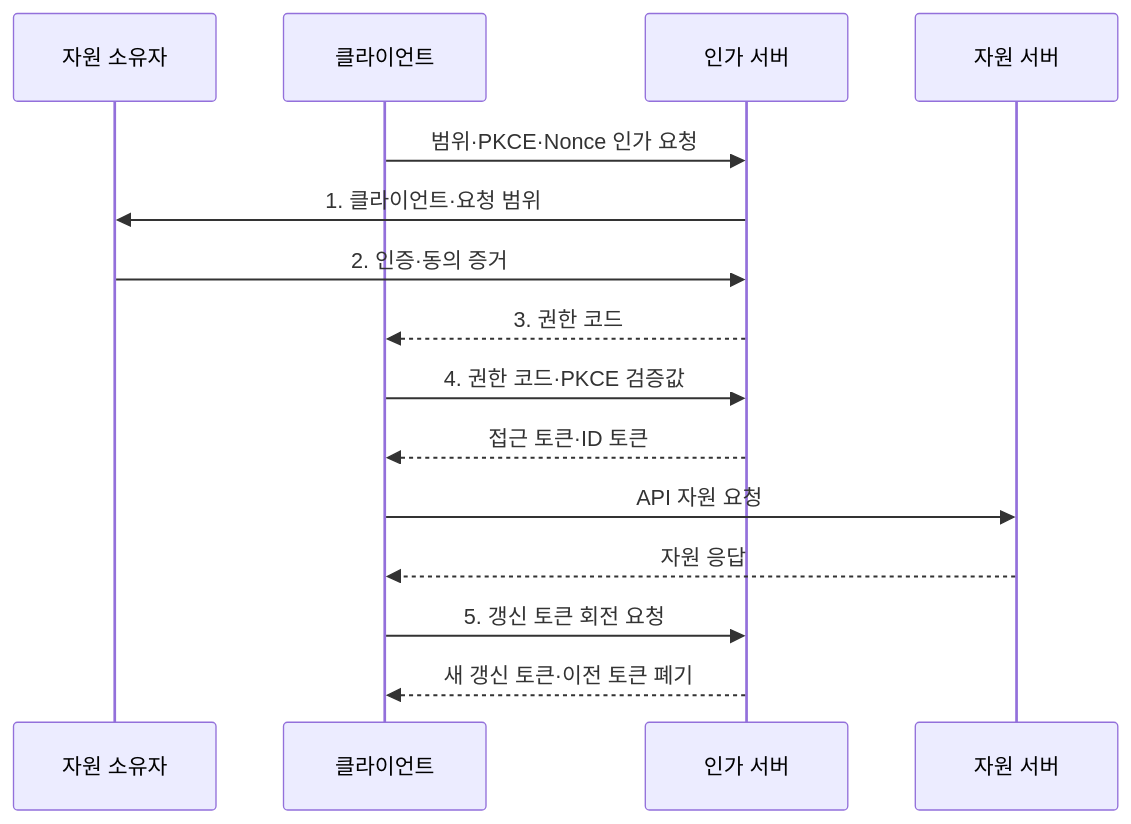
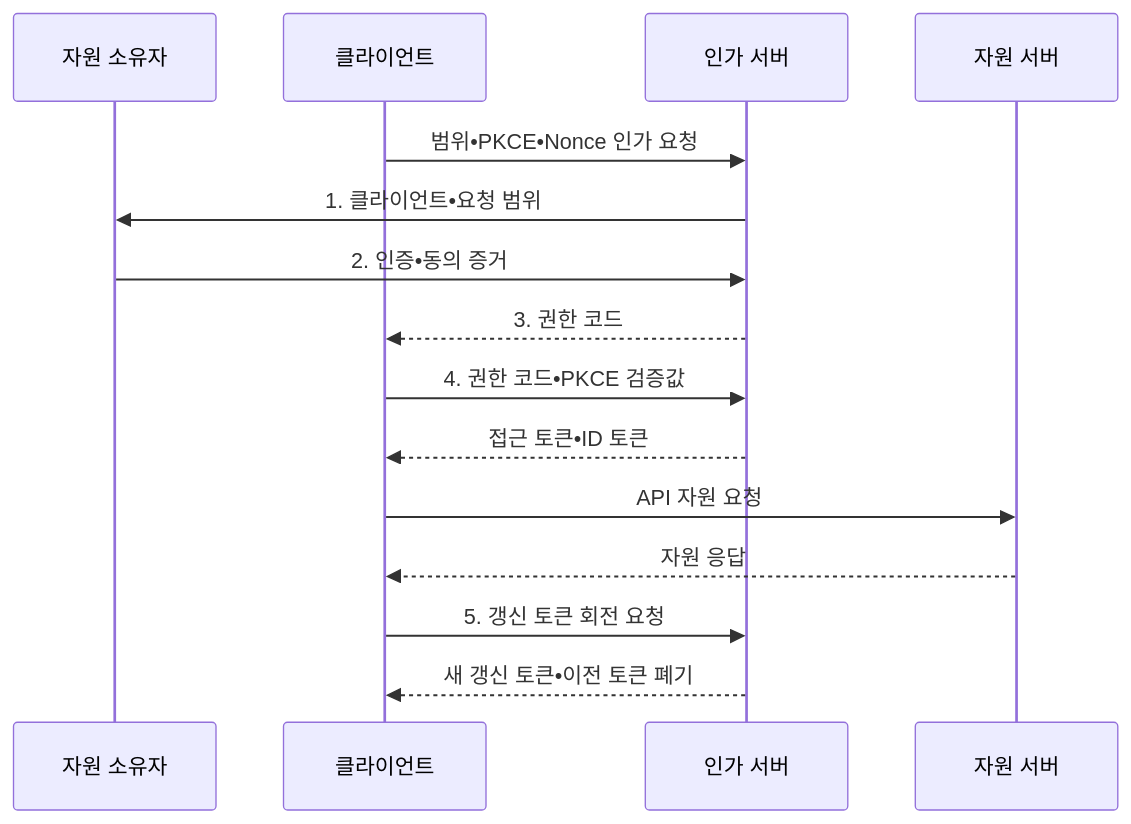
One commit to agnusdei1207/knowledge-base changed the second of 2 diagrams in src/content/docs/notes/05-security/057_oauth_oidc.md. Above: the diagram before and after it, drawn with Mermaid. The commit also changed other lines of this file and 953 other files, not shown here.

````diff
--- a/src/content/docs/notes/05-security/057_oauth_oidc.md
+++ b/src/content/docs/notes/05-security/057_oauth_oidc.md
@@ -100,17 +100,17 @@
 ```mermaid
 sequenceDiagram
     participant U as 자원 소유자
     participant C as 클라이언트
     participant A as 인가 서버
     participant R as 자원 서버
-    C->>A: 범위·PKCE·Nonce 인가 요청
-    A->>U: 1. 클라이언트·요청 범위
-    U->>A: 2. 인증·동의 증거
+    C->>A: 범위•PKCE•Nonce 인가 요청
+    A->>U: 1. 클라이언트•요청 범위
+    U->>A: 2. 인증•동의 증거
     A-->>C: 3. 권한 코드
-    C->>A: 4. 권한 코드·PKCE 검증값
-    A-->>C: 접근 토큰·ID 토큰
+    C->>A: 4. 권한 코드•PKCE 검증값
+    A-->>C: 접근 토큰•ID 토큰
     C->>R: API 자원 요청
     R-->>C: 자원 응답
     C->>A: 5. 갱신 토큰 회전 요청
-    A-->>C: 새 갱신 토큰·이전 토큰 폐기
+    A-->>C: 새 갱신 토큰•이전 토큰 폐기
 ```
````
